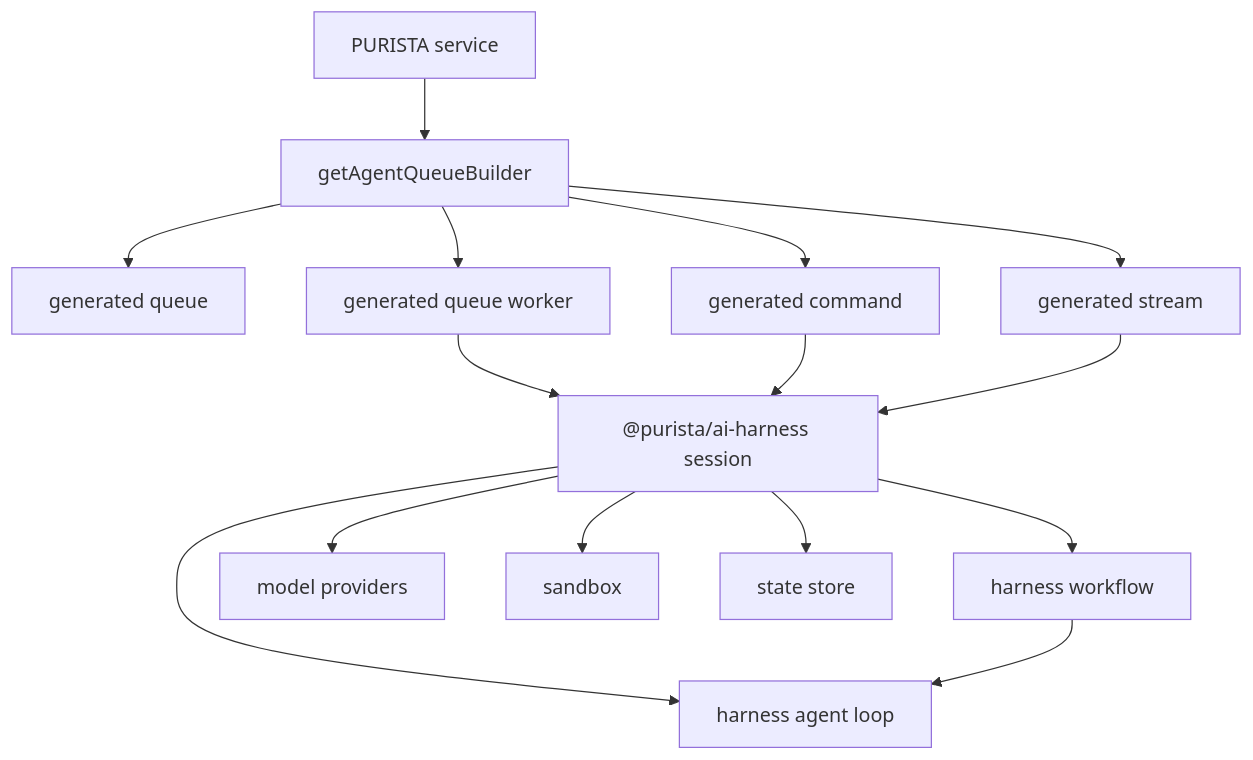
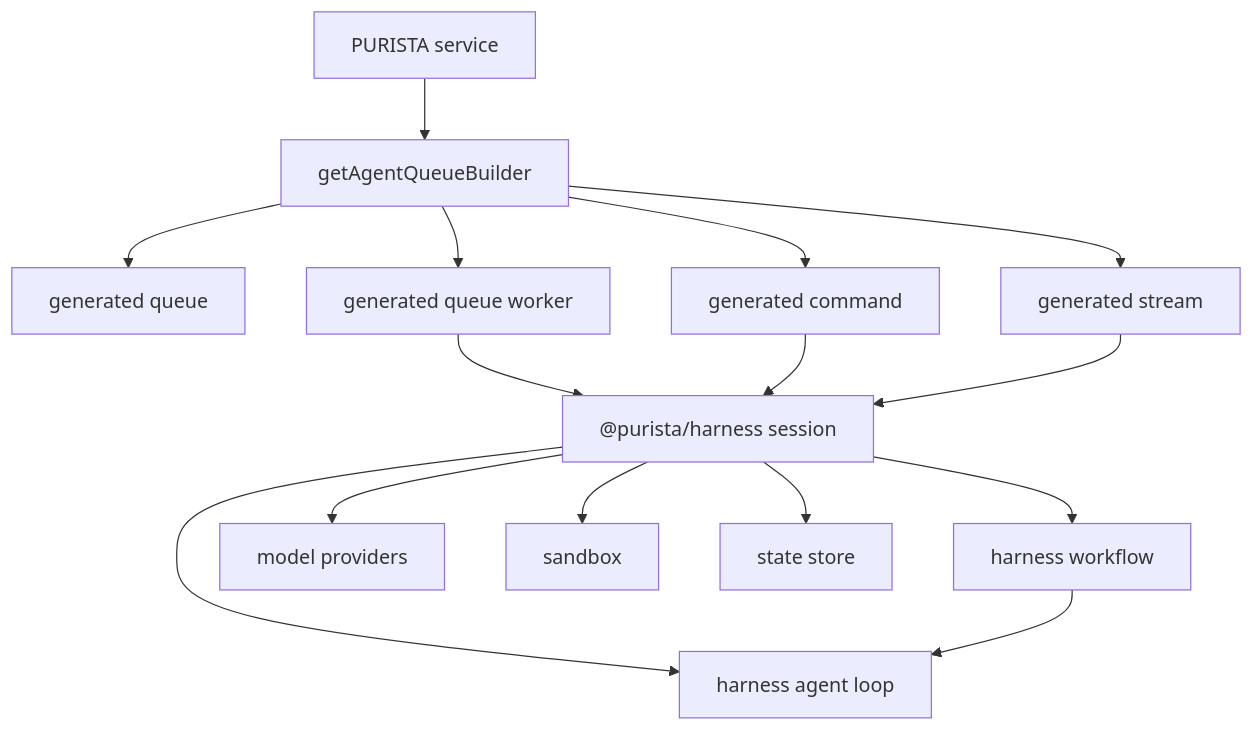
The diagram in web/src/content/handbook/2_building_business-logic/ai/index.md (puristajs/purista), drawn with Mermaid before and after one commit. The commit also changed other lines of this file and 1137 other files, not shown here.

````diff
--- a/web/src/content/handbook/2_building_business-logic/ai/index.md
+++ b/web/src/content/handbook/2_building_business-logic/ai/index.md
@@ -48,17 +48,17 @@
 ```mermaid
 flowchart TD
   Service["PURISTA service"] --> AgentBuilder["getAgentQueueBuilder"]
   AgentBuilder --> Queue["generated queue"]
   AgentBuilder --> Worker["generated queue worker"]
   AgentBuilder --> Command["generated command"]
   AgentBuilder --> Stream["generated stream"]
-  Worker --> Harness["@purista/ai-harness session"]
+  Worker --> Harness["@purista/harness session"]
   Command --> Harness
   Stream --> Harness
   Harness --> InnerAgent["harness agent loop"]
   Harness --> InnerWorkflow["harness workflow"]
   InnerWorkflow --> InnerAgent
   Harness --> Models["model providers"]
   Harness --> Sandbox["sandbox"]
   Harness --> State["state store"]
 ```
````
